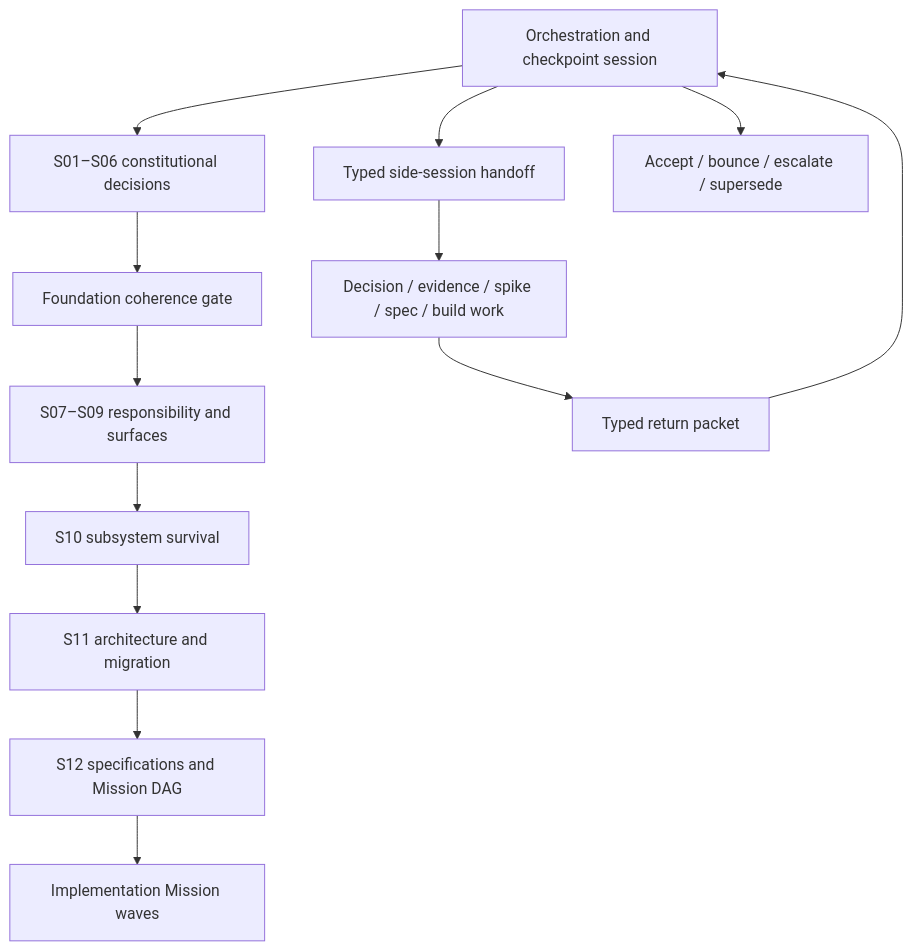
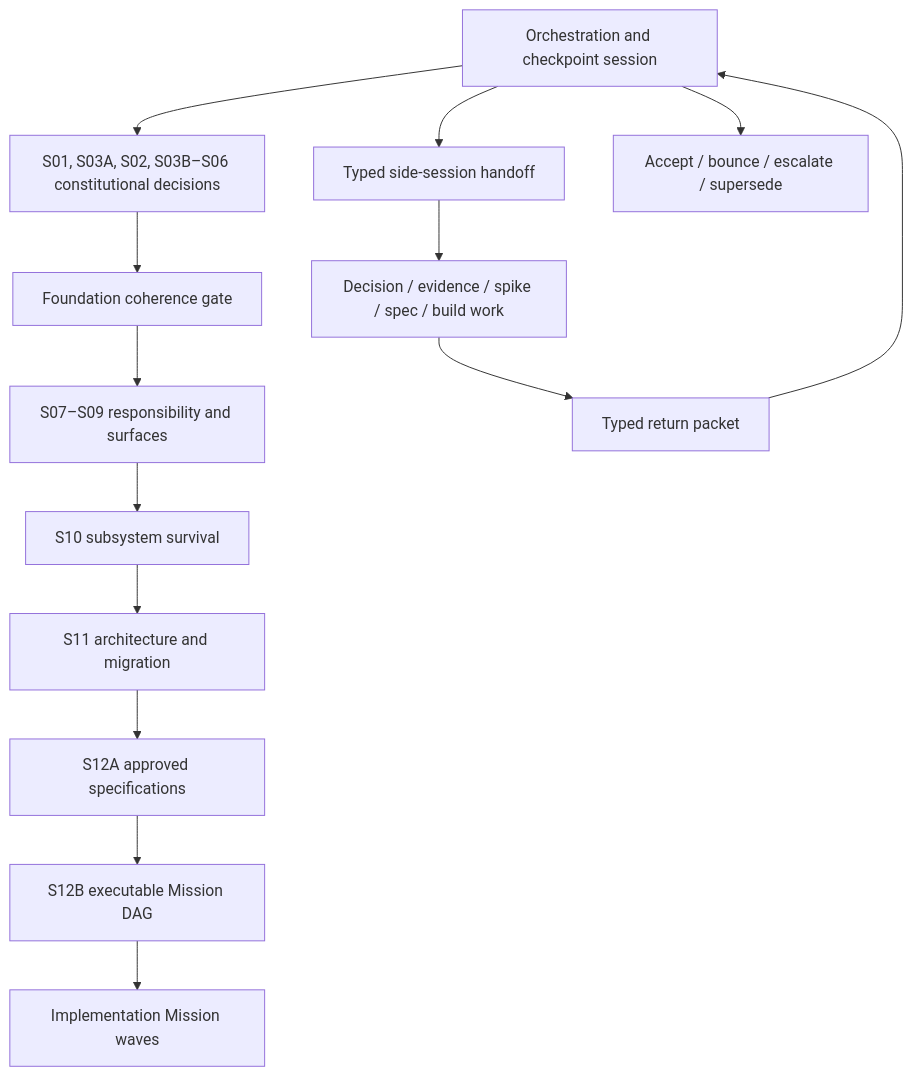
One commit to alexsmedile/spectacular changed the diagram in .spectacular/visions/a-new-beginning/ORCHESTRATION.md. Above: the diagram before and after it, drawn with Mermaid. The commit also changed other lines of this file and 28 other files, not shown here.

````diff
--- a/.spectacular/visions/a-new-beginning/ORCHESTRATION.md
+++ b/.spectacular/visions/a-new-beginning/ORCHESTRATION.md
@@ -59,16 +59,17 @@
 ```mermaid
 flowchart TD
-  O["Orchestration and checkpoint session"] --> C["S01–S06 constitutional decisions"]
+  O["Orchestration and checkpoint session"] --> C["S01, S03A, S02, S03B–S06 constitutional decisions"]
   C --> G["Foundation coherence gate"]
   G --> S["S07–S09 responsibility and surfaces"]
   S --> R["S10 subsystem survival"]
   R --> A["S11 architecture and migration"]
-  A --> P["S12 specifications and Mission DAG"]
-  P --> M["Implementation Mission waves"]
+  A --> P["S12A approved specifications"]
+  P --> D["S12B executable Mission DAG"]
+  D --> M["Implementation Mission waves"]
 
   O --> H["Typed side-session handoff"]
   H --> W["Decision / evidence / spike / spec / build work"]
   W --> X["Typed return packet"]
   X --> O
   O --> Q["Accept / bounce / escalate / supersede"]
 ```
````
